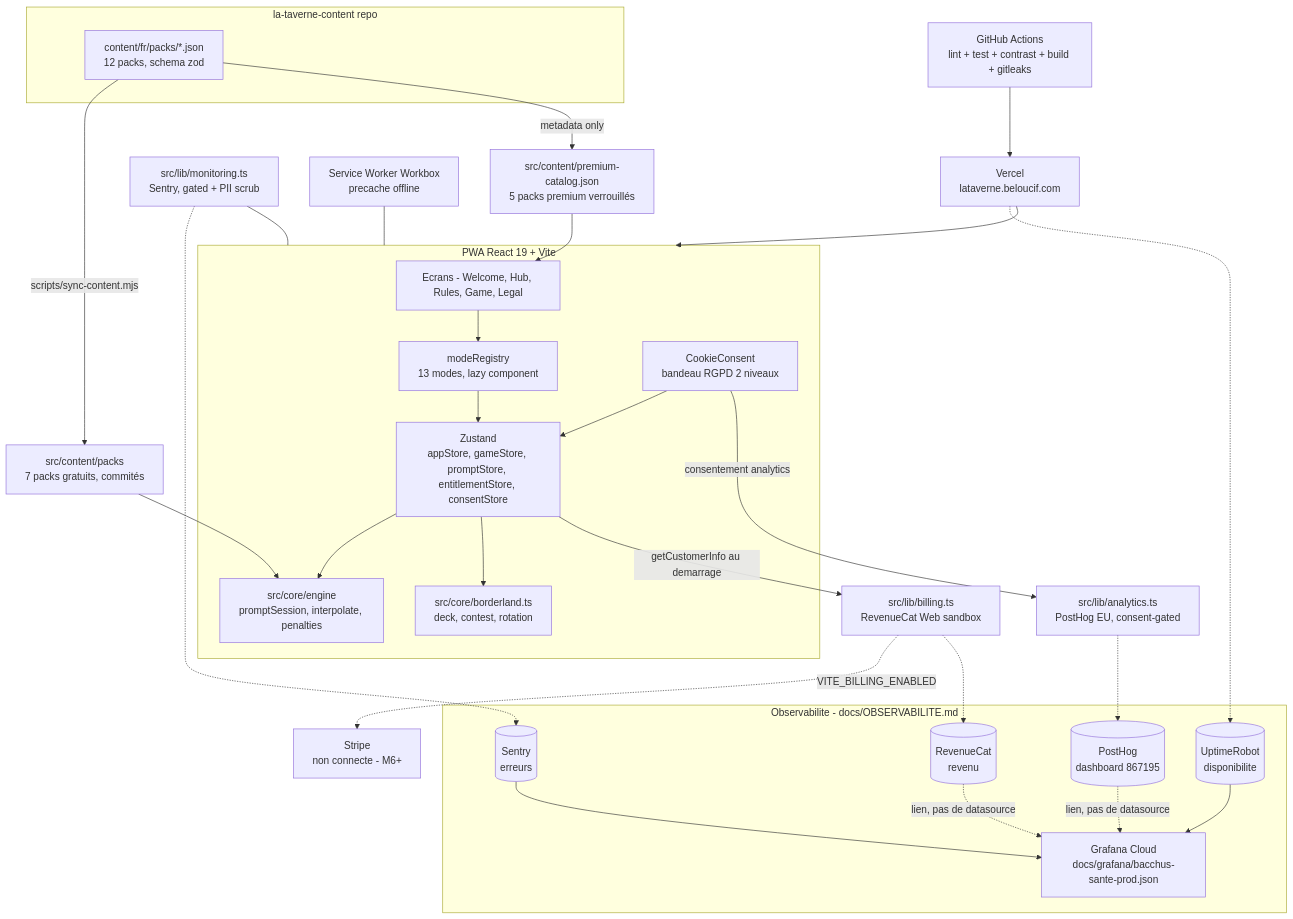
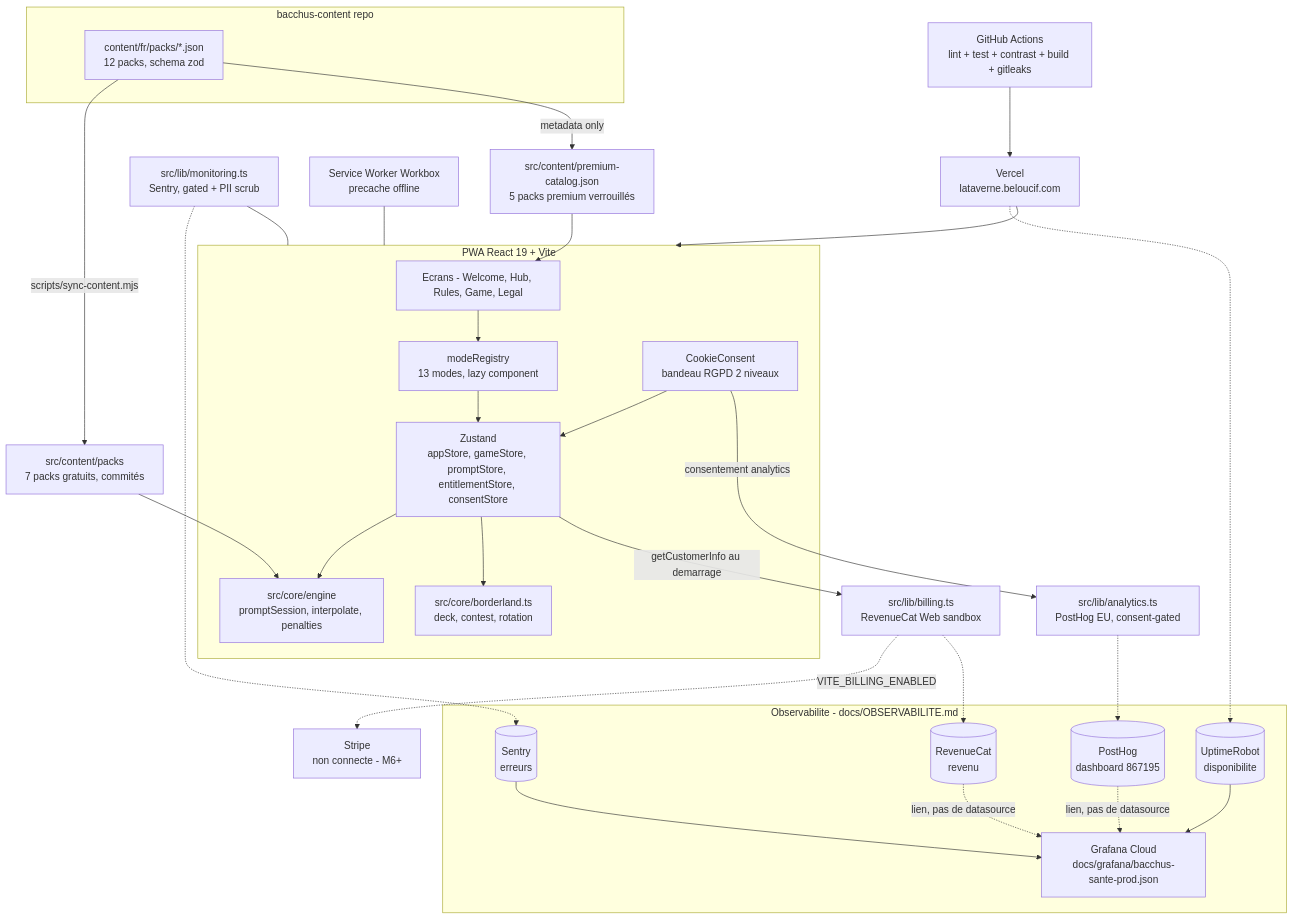
One commit to Adam-Blf/bacchana changed the diagram in README.md. Above: the diagram before and after it, drawn with Mermaid. The commit also changed other lines of this file and 17 other files, not shown here.

````diff
--- a/README.md
+++ b/README.md
@@ -145,47 +145,47 @@
 ```mermaid
 flowchart TD
-    subgraph Content [la-taverne-content repo]
+    subgraph Content [bacchus-content repo]
         Packs[content/fr/packs/*.json\n12 packs, schema zod]
     end
     Packs -->|scripts/sync-content.mjs| Free[src/content/packs\n7 packs gratuits, commités]
     Packs -->|metadata only| Catalog[src/content/premium-catalog.json\n5 packs premium verrouillés]
 
     subgraph Client [PWA React 19 + Vite]
         UI[Ecrans - Welcome, Hub, Rules, Game, Legal]
         Registry[modeRegistry\n13 modes, lazy component]
         Engine[src/core/engine\npromptSession, interpolate, penalties]
         Core[src/core/borderland.ts\ndeck, contest, rotation]
         Stores[Zustand\nappStore, gameStore, promptStore, entitlementStore, consentStore]
         Cookie[CookieConsent\nbandeau RGPD 2 niveaux]
         UI --> Registry --> Stores
         Stores --> Engine
         Stores --> Core
         Cookie --> Stores
     end
 
     Free --> Engine
     Catalog --> UI
     Cookie -->|consentement analytics| Analytics[src/lib/analytics.ts\nPostHog EU, consent-gated]
     Stores -->|getCustomerInfo au demarrage| Billing[src/lib/billing.ts\nRevenueCat Web sandbox]
     Billing -.->|VITE_BILLING_ENABLED| Stripe[Stripe\nnon connecte - M6+]
     Monitor[src/lib/monitoring.ts\nSentry, gated + PII scrub] --- Client
     SW[Service Worker Workbox\nprecache offline] --- Client
     Vercel[Vercel\nlataverne.beloucif.com] --> Client
     CI[GitHub Actions\nlint + test + contrast + build + gitleaks] --> Vercel
 
     subgraph Observability [Observabilite - docs/OBSERVABILITE.md]
         Sentry[(Sentry\nerreurs)]
         PH[(PostHog\ndashboard 867195)]
         UR[(UptimeRobot\ndisponibilite)]
         RC[(RevenueCat\nrevenu)]
         Grafana[Grafana Cloud\ndocs/grafana/bacchus-sante-prod.json]
         Sentry --> Grafana
         UR --> Grafana
         PH -.->|lien, pas de datasource| Grafana
         RC -.->|lien, pas de datasource| Grafana
     end
     Monitor -.-> Sentry
     Analytics -.-> PH
     Vercel -.-> UR
     Billing -.-> RC
 ```
````
